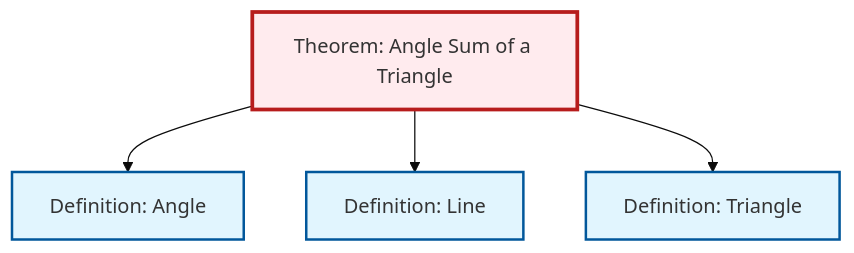
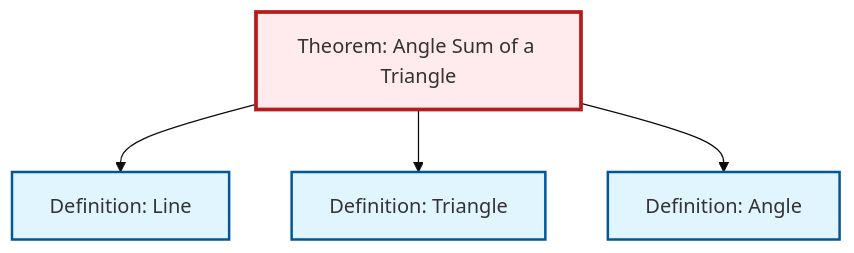
One commit to RK0429/ModernMath changed the diagram in content/en/geometry/thm-angle-sum-triangle.qmd. Above: the diagram before and after it, drawn with Mermaid (base theme). The commit also changed other lines of this file and 497 other files, not shown here.

````diff
--- a/content/en/geometry/thm-angle-sum-triangle.qmd
+++ b/content/en/geometry/thm-angle-sum-triangle.qmd
@@ -57,20 +57,20 @@
 ```{mermaid}
 %%| fig-cap: "Local dependency graph"
 graph TD
     classDef definition fill:#e1f5fe,stroke:#01579b,stroke-width:2px
     classDef theorem fill:#f3e5f5,stroke:#4a148c,stroke-width:2px
     classDef axiom fill:#fff3e0,stroke:#e65100,stroke-width:2px
     classDef example fill:#e8f5e9,stroke:#1b5e20,stroke-width:2px
     classDef current fill:#ffebee,stroke:#b71c1c,stroke-width:3px
+    def-angle["Definition: Angle"]:::definition
     thm-angle-sum-triangle["Theorem: Angle Sum of a Triangle"]:::theorem
     def-line["Definition: Line"]:::definition
-    def-angle["Definition: Angle"]:::definition
     def-triangle["Definition: Triangle"]:::definition
-    thm-angle-sum-triangle --> def-angle
     thm-angle-sum-triangle --> def-line
     thm-angle-sum-triangle --> def-triangle
+    thm-angle-sum-triangle --> def-angle
     class thm-angle-sum-triangle current
+    click def-angle "def-angle.html" "Go to Angle definition"
     click def-line "def-line.html" "Go to Line definition"
-    click def-angle "def-angle.html" "Go to Angle definition"
     click def-triangle "def-triangle.html" "Go to Triangle definition"
 ```
````
